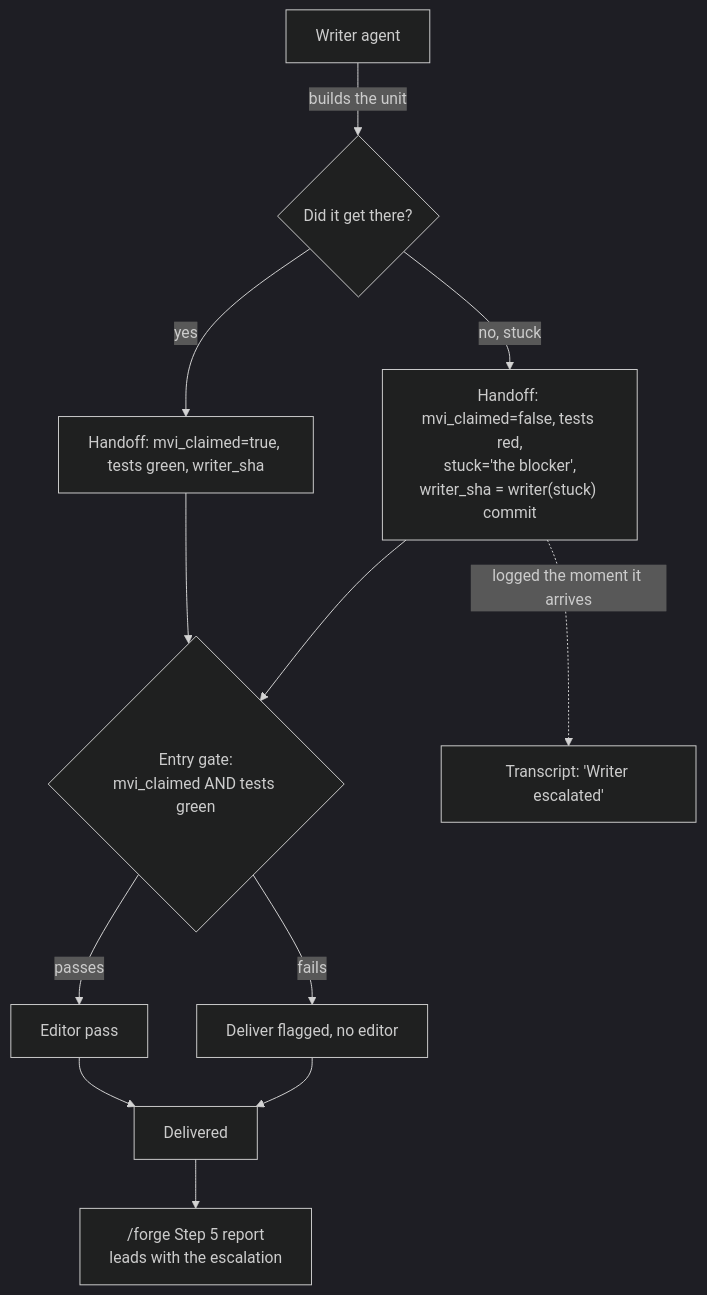
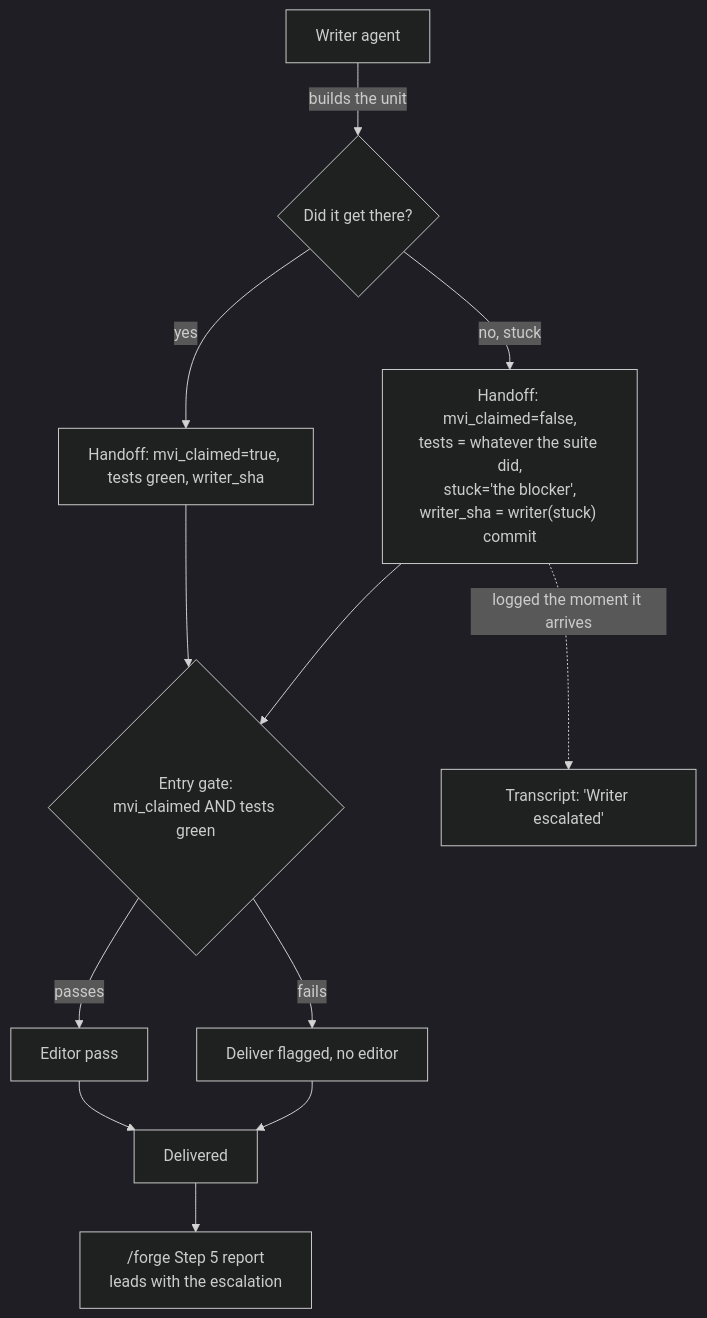
Before and after one commit to eladrianovalle/TheStudio: the diagram in specs/writer-escalation-channel.md, drawn with Mermaid (dark theme). The commit also changed other lines of this file, not shown here.

First line of the commit message:
docs: the escalation diagram and prose no longer promise red tests

````diff
--- a/specs/writer-escalation-channel.md
+++ b/specs/writer-escalation-channel.md
@@ -34,14 +34,14 @@
 ```mermaid
 flowchart TD
     W[Writer agent] -->|builds the unit| D{Did it get there?}
     D -->|yes| G[Handoff: mvi_claimed=true, tests green, writer_sha]
-    D -->|no, stuck| E["Handoff: mvi_claimed=false, tests red,<br/>stuck='the blocker',<br/>writer_sha = writer(stuck) commit"]
+    D -->|no, stuck| E["Handoff: mvi_claimed=false,<br/>tests = whatever the suite did,<br/>stuck='the blocker',<br/>writer_sha = writer(stuck) commit"]
     G --> GATE{Entry gate:<br/>mvi_claimed AND tests green}
     E --> GATE
     GATE -->|passes| ED[Editor pass]
     GATE -->|fails| FL[Deliver flagged, no editor]
     ED --> OUT[Delivered]
     FL --> OUT
     OUT --> R["/forge Step 5 report<br/>leads with the escalation"]
     E -.->|logged the moment it arrives| LOG[Transcript: 'Writer escalated']
 ```
````
